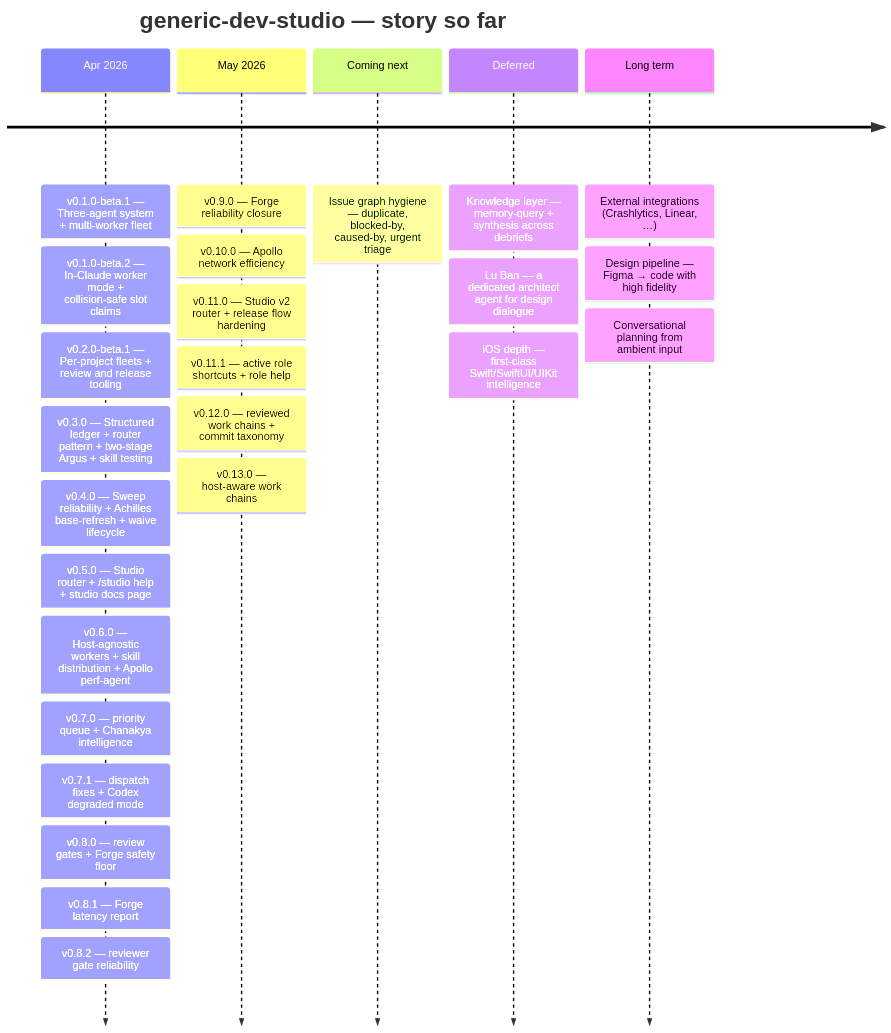
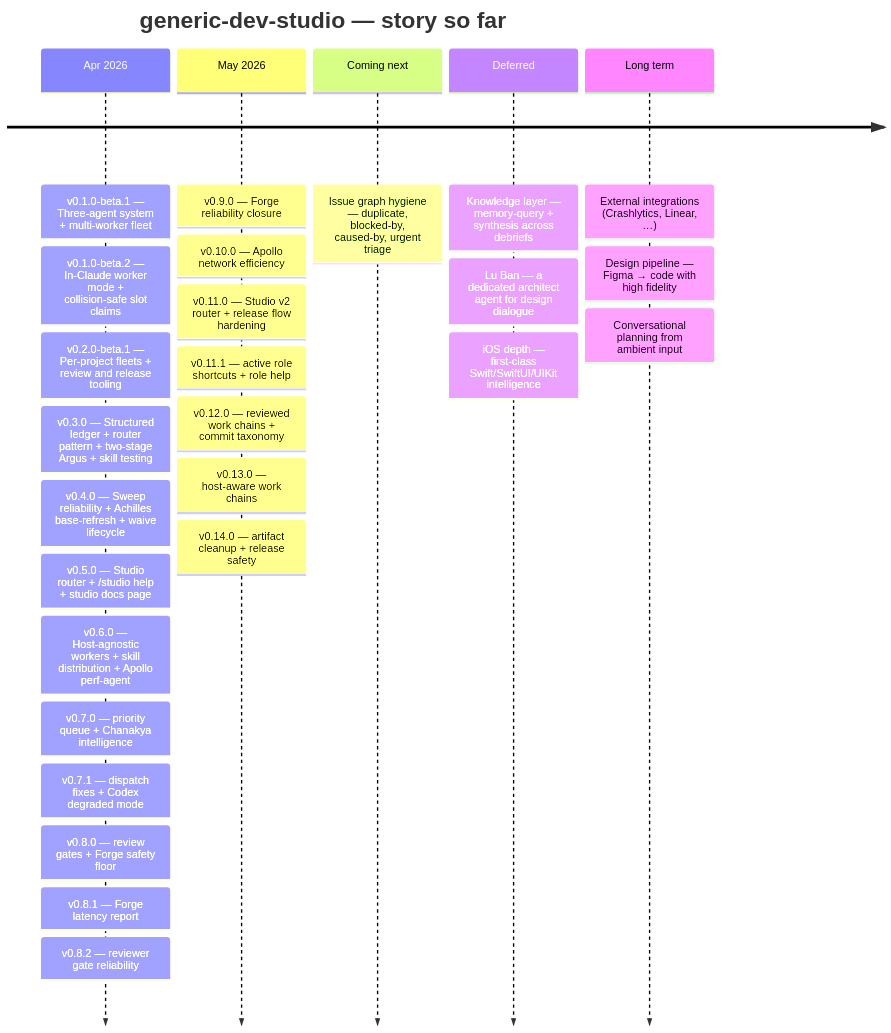
The diagram in README.md (v-i-s-h-a-l/generic-dev-studio), drawn with Mermaid before and after one commit. The commit also changed other lines of this file and 2 other files, not shown here.

Commit message:
docs: update README for v0.14.0 release
Problem: v0.14.0 is being published, and RELEASES.md requires the README timeline and Story so far section to reflect shipped releases.

Solution: add the v0.14.0 timeline entry and prepend the Story so far summary for artifact cleanup and release safety.

Implementation notes: README-only release wrap update.

Caveats: none.

Change-Type: docs

Studio-Host: codex

````diff
--- a/README.md
+++ b/README.md
@@ -13,29 +13,30 @@
 ```mermaid
 timeline
     title generic-dev-studio — story so far
     Apr 2026 : v0.1.0-beta.1 — Three-agent system + multi-worker fleet
              : v0.1.0-beta.2 — In-Claude worker mode + collision-safe slot claims
              : v0.2.0-beta.1 — Per-project fleets + review and release tooling
              : v0.3.0 — Structured ledger + router pattern + two-stage Argus + skill testing
              : v0.4.0 — Sweep reliability + Achilles base-refresh + waive lifecycle
              : v0.5.0 — Studio router + /studio help + studio docs page
              : v0.6.0 — Host-agnostic workers + skill distribution + Apollo perf-agent
              : v0.7.0 — priority queue + Chanakya intelligence
              : v0.7.1 — dispatch fixes + Codex degraded mode
              : v0.8.0 — review gates + Forge safety floor
              : v0.8.1 — Forge latency report
              : v0.8.2 — reviewer gate reliability
     May 2026 : v0.9.0 — Forge reliability closure
              : v0.10.0 — Apollo network efficiency
              : v0.11.0 — Studio v2 router + release flow hardening
              : v0.11.1 — active role shortcuts + role help
              : v0.12.0 — reviewed work chains + commit taxonomy
              : v0.13.0 — host-aware work chains
+             : v0.14.0 — artifact cleanup + release safety
     Coming next : Issue graph hygiene — duplicate, blocked-by, caused-by, urgent triage
     Deferred : Knowledge layer — memory-query + synthesis across debriefs
              : Lu Ban — a dedicated architect agent for design dialogue
              : iOS depth — first-class Swift/SwiftUI/UIKit intelligence
     Long term : External integrations (Crashlytics, Linear, …)
               : Design pipeline — Figma → code with high fidelity
               : Conversational planning from ambient input
 ```
````
